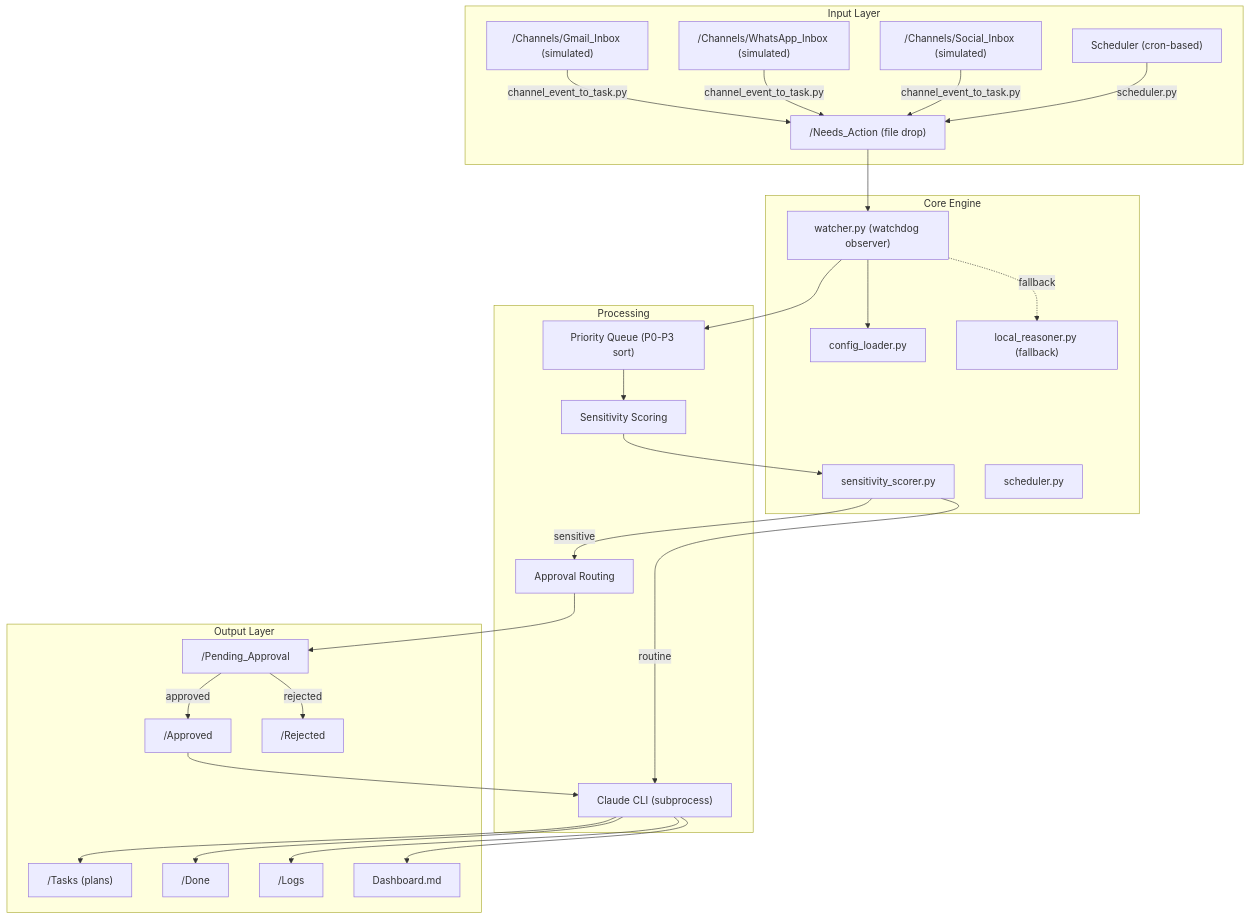
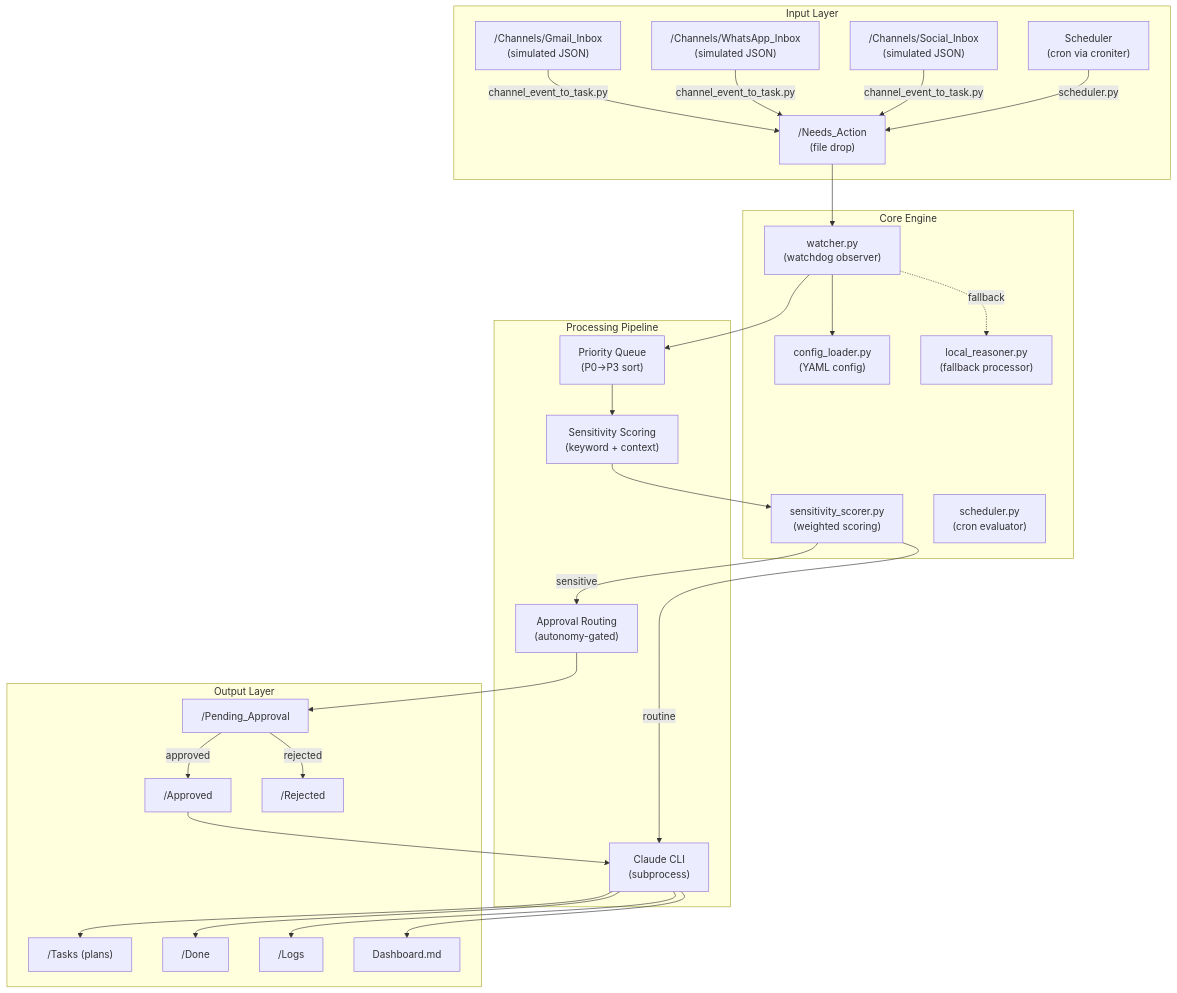
Before and after one commit to Ub207/AI_Employee_Vault: the first of 3 diagrams in Docs/Architecture.md, drawn with Mermaid. The commit also changed other lines of this file and 6 other files, not shown here.

````diff
--- a/Docs/Architecture.md
+++ b/Docs/Architecture.md
@@ -17,56 +19,56 @@
 ```mermaid
 graph TD
-    subgraph Input Layer
-        A["/Needs_Action (file drop)"]
-        B["/Channels/Gmail_Inbox (simulated)"]
-        C["/Channels/WhatsApp_Inbox (simulated)"]
-        D["/Channels/Social_Inbox (simulated)"]
-        E["Scheduler (cron-based)"]
+    subgraph "Input Layer"
+        A["/Needs_Action<br/>(file drop)"]
+        B["/Channels/Gmail_Inbox<br/>(simulated JSON)"]
+        C["/Channels/WhatsApp_Inbox<br/>(simulated JSON)"]
+        D["/Channels/Social_Inbox<br/>(simulated JSON)"]
+        E["Scheduler<br/>(cron via croniter)"]
     end
 
-    subgraph Core Engine
-        F["watcher.py (watchdog observer)"]
-        G["config_loader.py"]
-        H["sensitivity_scorer.py"]
-        I["scheduler.py"]
-        J["local_reasoner.py (fallback)"]
+    subgraph "Core Engine"
+        F["watcher.py<br/>(watchdog observer)"]
+        G["config_loader.py<br/>(YAML config)"]
+        H["sensitivity_scorer.py<br/>(weighted scoring)"]
+        I["scheduler.py<br/>(cron evaluator)"]
+        J["local_reasoner.py<br/>(fallback processor)"]
     end
 
-    subgraph Processing
-        K["Claude CLI (subprocess)"]
-        L["Priority Queue (P0-P3 sort)"]
-        M["Sensitivity Scoring"]
-        N["Approval Routing"]
+    subgraph "Processing Pipeline"
+        K["Claude CLI<br/>(subprocess)"]
+        L["Priority Queue<br/>(P0→P3 sort)"]
+        M["Sensitivity Scoring<br/>(keyword + context)"]
+        N["Approval Routing<br/>(autonomy-gated)"]
     end
 
-    subgraph Output Layer
+    subgraph "Output Layer"
         O["/Tasks (plans)"]
         P["/Pending_Approval"]
         Q["/Approved"]
         R["/Done"]
         S["/Rejected"]
         T["/Logs"]
         U["Dashboard.md"]
     end
 
     B --> |channel_event_to_task.py| A
     C --> |channel_event_to_task.py| A
     D --> |channel_event_to_task.py| A
     E --> |scheduler.py| A
 
     A --> F
     F --> G
     F --> L
     L --> M
     M --> H
     H --> |sensitive| N
     H --> |routine| K
     N --> P
     P --> |approved| Q --> K
     P --> |rejected| S
     K --> O
     K --> R
     K --> T
     K --> U
     F -.-> |fallback| J
 ```
````
